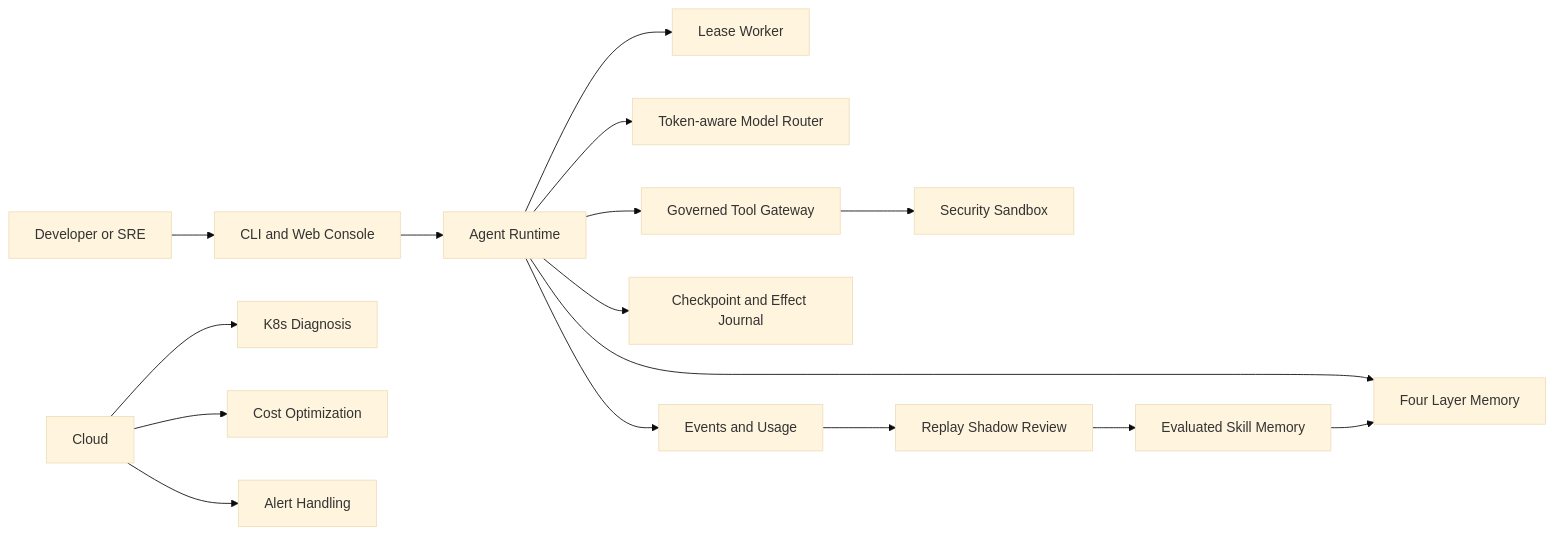
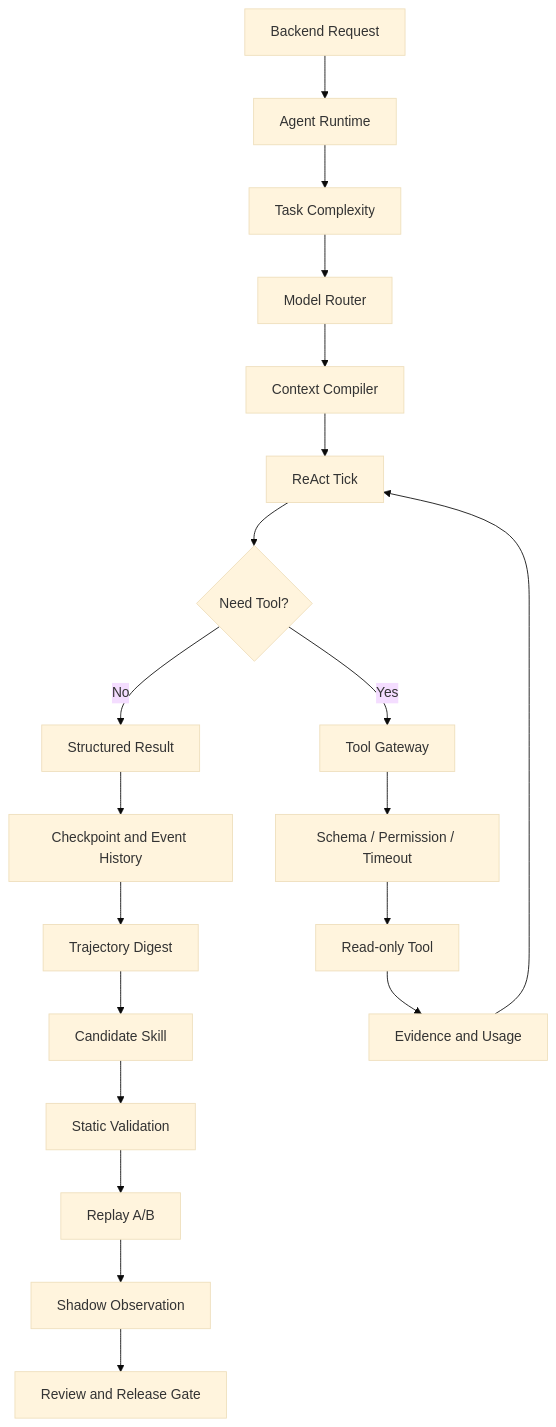
One commit to mjydear/mjy_agent changed the first of 2 diagrams in README.md. Above: the diagram before and after it, drawn with Mermaid (base theme). The commit also changed other lines of this file and 262 other files, not shown here.

Commit message:
feat: publish agent runtime core

````diff
--- a/README.md
+++ b/README.md
@@ -41,18 +45,22 @@
 ```mermaid
-flowchart LR
-	User[Developer or SRE] --> CLI[CLI and Web Console]
-	CLI --> Runtime[Agent Runtime]
-	Runtime --> Worker[Lease Worker]
-	Runtime --> Memory[Four Layer Memory]
-	Runtime --> Router[Token-aware Model Router]
-	Runtime --> Tools[Governed Tool Gateway]
-	Tools --> Sandbox[Security Sandbox]
-	Runtime --> Store[Checkpoint and Effect Journal]
-	Runtime --> Trace[Events and Usage]
-	Trace --> Learn[Replay Shadow Review]
-	Learn --> Skills[Evaluated Skill Memory]
-	Skills --> Memory
-	Cloud --> K8s[K8s Diagnosis]
-	Cloud --> Cost[Cost Optimization]
-	Cloud --> Alert[Alert Handling]
+flowchart TD
+    A[Backend Request] --> B[Agent Runtime]
+    B --> C[Task Complexity]
+    C --> D[Model Router]
+    D --> E[Context Compiler]
+    E --> F[ReAct Tick]
+    F --> G{Need Tool?}
+    G -- No --> H[Structured Result]
+    G -- Yes --> I[Tool Gateway]
+    I --> J[Schema / Permission / Timeout]
+    J --> K[Read-only Tool]
+    K --> L[Evidence and Usage]
+    L --> F
+    H --> M[Checkpoint and Event History]
+    M --> N[Trajectory Digest]
+    N --> O[Candidate Skill]
+    O --> P[Static Validation]
+    P --> Q[Replay A/B]
+    Q --> R[Shadow Observation]
+    R --> S[Review and Release Gate]
 ```
````
